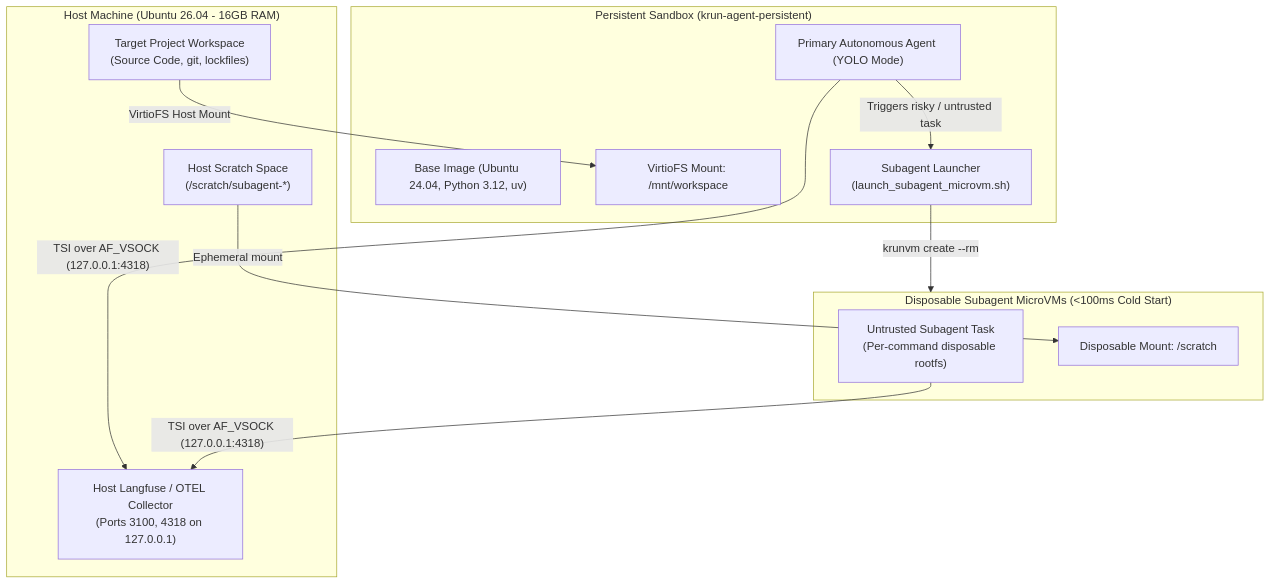
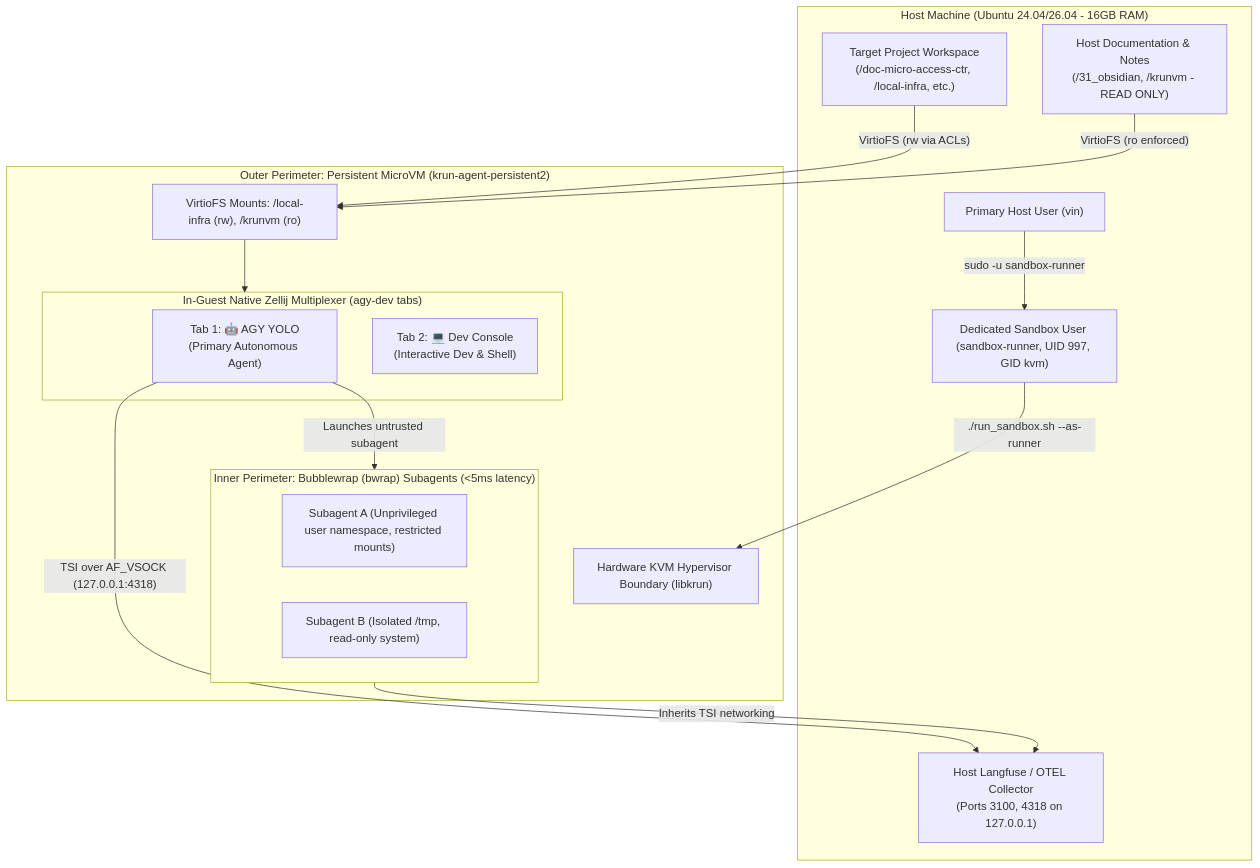
The first of 3 diagrams in README.md (VincentChong123/krunvm), drawn with Mermaid before and after one commit. The commit also changed other lines of this file and 21 other files, not shown here.

First line of the commit message:
feat(sandbox): hierarchical env, ro mounts, sandbox-runner isolation & zellij layout (#1)

````diff
--- a/README.md
+++ b/README.md
@@ -18,27 +19,34 @@
 ```mermaid
 flowchart TD
-    subgraph Host["Host Machine (Ubuntu 26.04 - 16GB RAM)"]
-        H_Proj["Target Project Workspace\n(Source Code, git, lockfiles)"]
+    subgraph Host["Host Machine (Ubuntu 24.04/26.04 - 16GB RAM)"]
+        H_Dev["Primary Host User (vin)"]
+        H_Runner["Dedicated Sandbox User (sandbox-runner, UID 997, GID kvm)"]
+        H_Proj["Target Project Workspace\n(/doc-micro-access-ctr, /local-infra, etc.)"]
         H_LF["Host Langfuse / OTEL Collector\n(Ports 3100, 4318 on 127.0.0.1)"]
-        H_Scratch["Host Scratch Space\n(/scratch/subagent-*)"]
+        H_Notes["Host Documentation & Notes\n(/31_obsidian, /krunvm - READ ONLY)"]
     end
 
-    subgraph PersistentVM["Persistent Sandbox (krun-agent-persistent)"]
-        P_Init["Base Image (Ubuntu 24.04, Python 3.12, uv)"]
-        P_Mount["VirtioFS Mount: /mnt/workspace"]
-        P_Agent["Primary Autonomous Agent (YOLO Mode)"]
-        P_Launcher["Subagent Launcher\n(launch_subagent_microvm.sh)"]
+    subgraph PersistentVM["Outer Perimeter: Persistent MicroVM (krun-agent-persistent2)"]
+        P_Hyper["Hardware KVM Hypervisor Boundary (libkrun)"]
+        P_Mounts["VirtioFS Mounts: /local-infra (rw), /krunvm (ro)"]
+
+        subgraph ZellijSession["In-Guest Native Zellij Multiplexer (agy-dev tabs)"]
+            Z_Agent["Tab 1: 🤖 AGY YOLO\n(Primary Autonomous Agent)"]
+            Z_Dev["Tab 2: 💻 Dev Console\n(Interactive Dev & Shell)"]
+        end
+
+        subgraph InnerSandbox["Inner Perimeter: Bubblewrap (bwrap) Subagents (<5ms latency)"]
+            B_Sub1["Subagent A (Unprivileged user namespace, restricted mounts)"]
+            B_Sub2["Subagent B (Isolated /tmp, read-only system)"]
+        end
     end
 
-    subgraph EphemeralVM["Disposable Subagent MicroVMs (<100ms Cold Start)"]
-        E_Sub["Untrusted Subagent Task\n(Per-command disposable rootfs)"]
-        E_Mount["Disposable Mount: /scratch"]
-    end
-
-    H_Proj -- "VirtioFS Host Mount" --> P_Mount
-    P_Agent -- "Triggers risky / untrusted task" --> P_Launcher
-    P_Launcher -- "krunvm create --rm" --> EphemeralVM
-    H_Scratch -- "Ephemeral mount" --> E_Mount
-    P_Agent -- "TSI over AF_VSOCK (127.0.0.1:4318)" --> H_LF
-    E_Sub -- "TSI over AF_VSOCK (127.0.0.1:4318)" --> H_LF
+    H_Dev -- "sudo -u sandbox-runner" --> H_Runner
+    H_Runner -- "./run_sandbox.sh --as-runner" --> P_Hyper
+    H_Proj -- "VirtioFS (rw via ACLs)" --> P_Mounts
+    H_Notes -- "VirtioFS (ro enforced)" --> P_Mounts
+    P_Mounts --> ZellijSession
+    Z_Agent -- "Launches untrusted subagent" --> InnerSandbox
+    Z_Agent -- "TSI over AF_VSOCK (127.0.0.1:4318)" --> H_LF
+    InnerSandbox -- "Inherits TSI networking" --> H_LF
 ```
````
